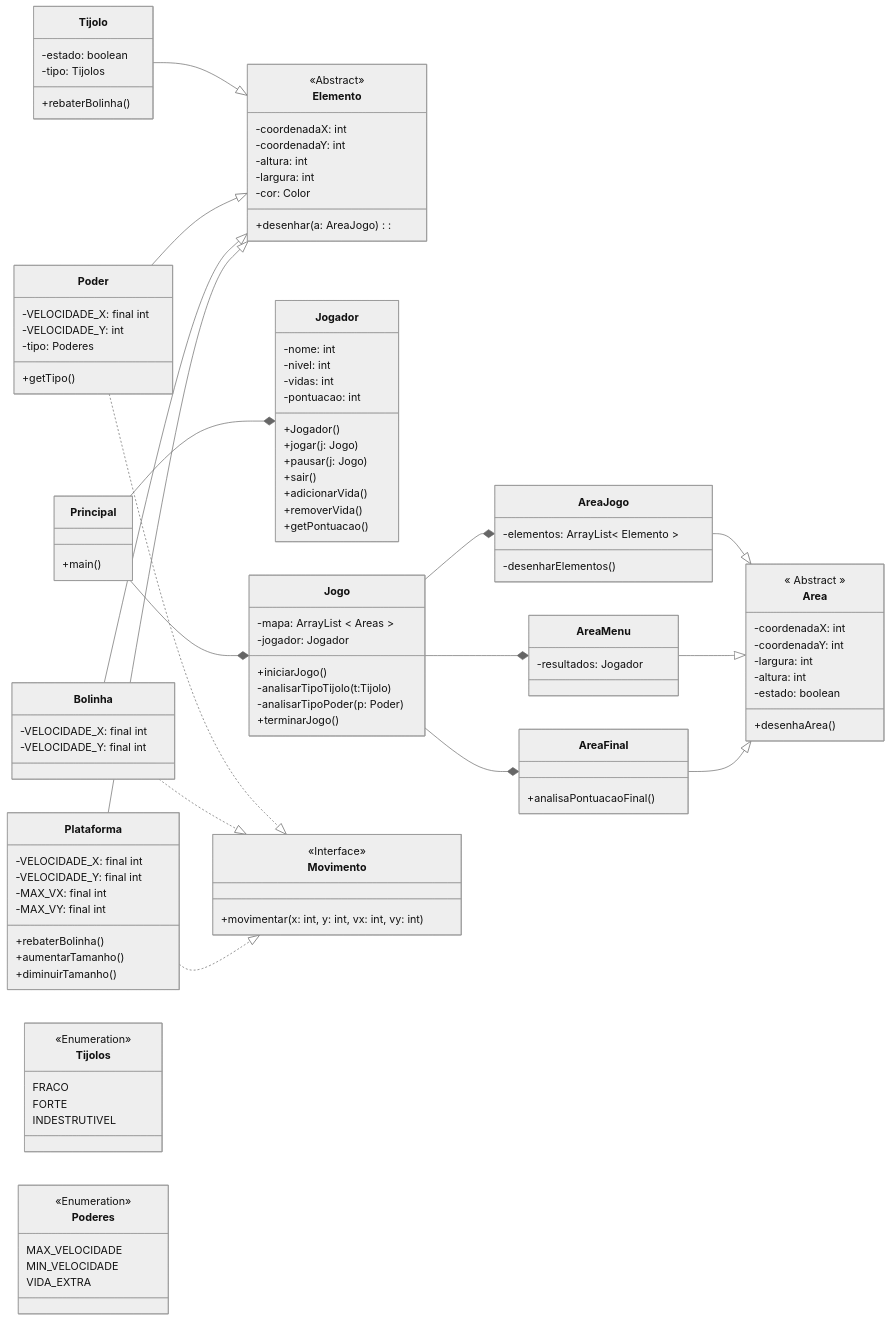
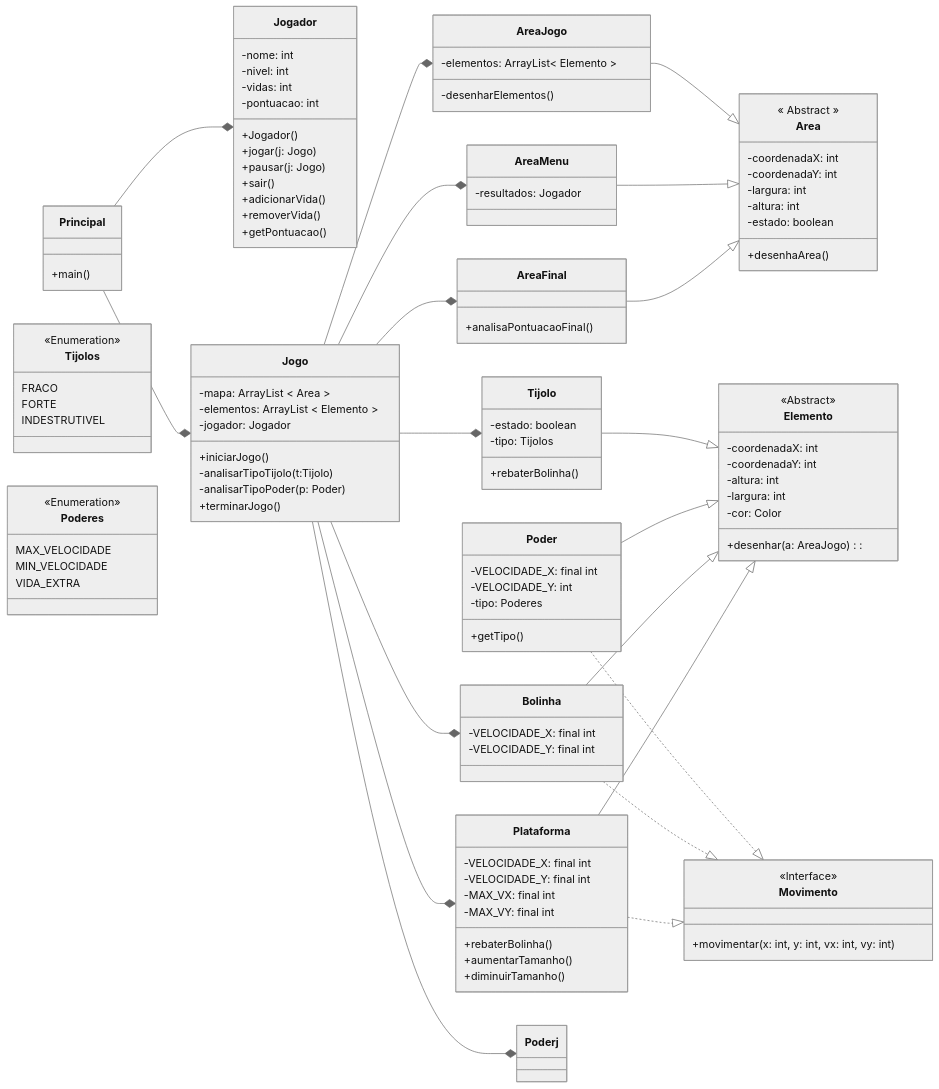
One commit to luizakuze/POO changed the diagram in proj-02/diagrama.md. Above: the diagram before and after it, drawn with Mermaid (neutral theme).

Commit message:
diagrama

```diff
--- a/proj-02/diagrama.md
+++ b/proj-02/diagrama.md
@@ -90,7 +90,8 @@
     }
 
     class Jogo{
-        -mapa: ArrayList < Areas >
+        -mapa: ArrayList < Area >
+        -elementos: ArrayList < Elemento >
         -jogador: Jogador
         +iniciarJogo()
         -analisarTipoTijolo(t:Tijolo)
@@ -135,7 +136,10 @@
     Jogo --* AreaJogo
     Jogo --* AreaMenu
     Jogo --* AreaFinal
-
+    Jogo --* Plataforma
+    Jogo --* Bolinha
+    Jogo --* Tijolo
+    Jogo --* Poderj
 
 
 
```
